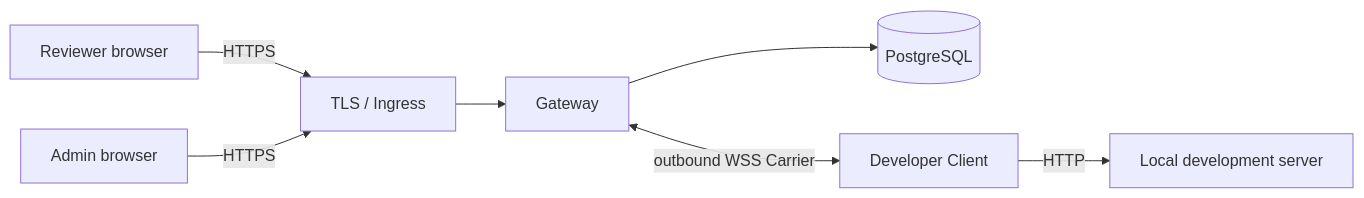
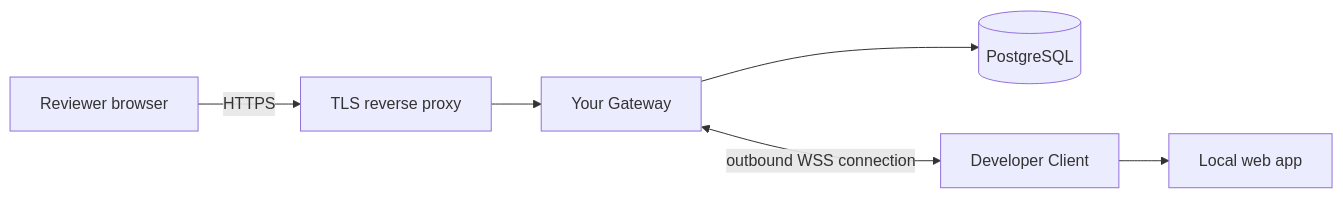
One commit to ddussi/lotur changed the diagram in README.md. Above: the diagram before and after it, drawn with Mermaid. The commit also changed other lines of this file and 35 other files, not shown here.

````diff
--- a/README.md
+++ b/README.md
@@ -61,9 +17,8 @@
 ```mermaid
 flowchart LR
-    Reviewer[Reviewer browser] -->|HTTPS| Ingress[TLS / Ingress]
-    Admin[Admin browser] -->|HTTPS| Ingress
-    Ingress --> Gateway[Gateway]
-    Gateway --> PostgreSQL[(PostgreSQL)]
-    Gateway <-->|outbound WSS Carrier| Client[Developer Client]
-    Client -->|HTTP| Origin[Local development server]
+    Reviewer[Reviewer browser] -->|HTTPS| Proxy[TLS reverse proxy]
+    Proxy --> Gateway[Your Gateway]
+    Gateway --> Database[(PostgreSQL)]
+    Gateway <-->|outbound WSS connection| Client[Developer Client]
+    Client --> App[Local web app]
 ```
````
